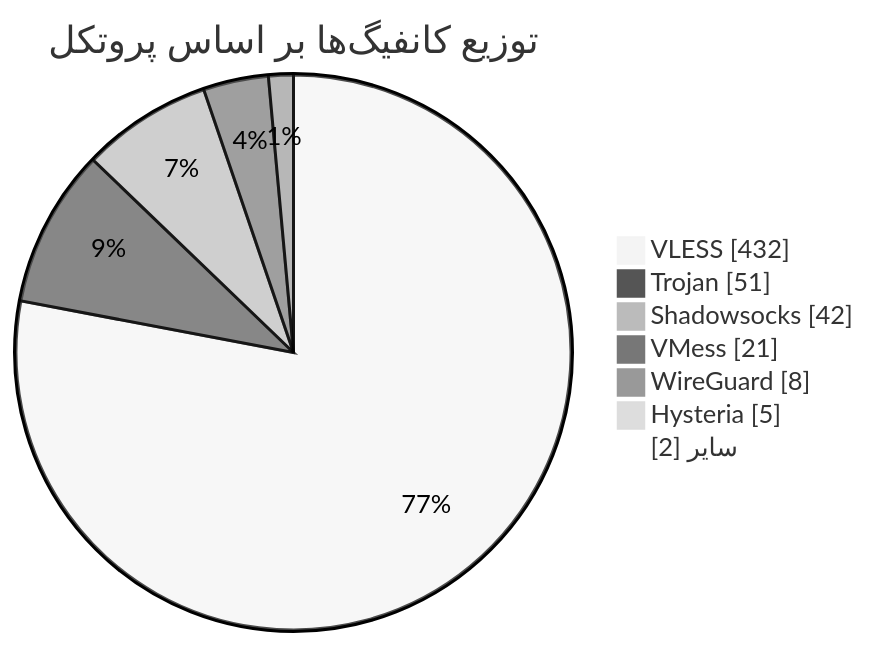
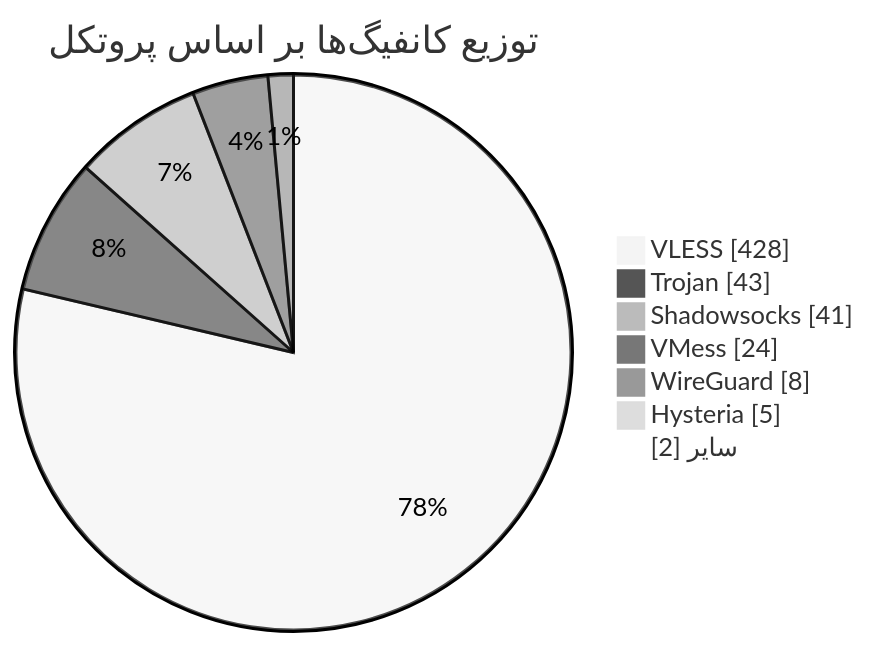
The diagram in README.md (Arian-Alijani/Somthing), drawn with Mermaid (neutral theme) before and after one commit. The commit also changed other lines of this file and 61 other files, not shown here.

````diff
--- a/README.md
+++ b/README.md
@@ -49,11 +49,11 @@
 ```mermaid
 pie showData
     title توزیع کانفیگ‌ها بر اساس پروتکل
-    "VLESS" : 432
-    "Trojan" : 51
-    "Shadowsocks" : 42
-    "VMess" : 21
+    "VLESS" : 428
+    "Trojan" : 43
+    "Shadowsocks" : 41
+    "VMess" : 24
     "WireGuard" : 8
     "Hysteria" : 5
     "سایر" : 2
 ```
````
